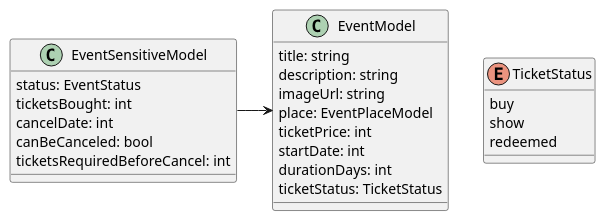
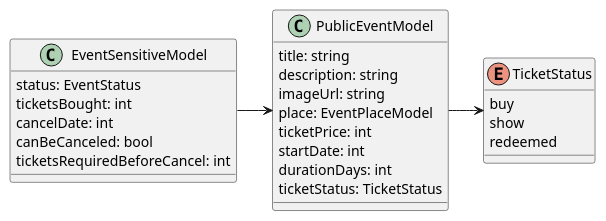
Before and after one commit to ai-shift/cyber-valley-tickets: diagram 21 of 26 in README.org, drawn with PlantUML. The commit also changed other lines of this file and 2 other files, not shown here.

Commit message:
add: Event model domain section

```diff
--- a/README.org
+++ b/README.org
@@ -752,28 +808,29 @@
-#+begin_src plantuml :file ./img/event-model.png
-class EventModel {
+#+begin_src plantuml :file ./img/events-view.png
+class PublicEventModel {
   title: string
   description: string
   imageUrl: string
   place: EventPlaceModel
   ticketPrice: int
   startDate: int
   durationDays: int
   ticketStatus: TicketStatus
 }
 
 class EventSensitiveModel {
   status: EventStatus
   ticketsBought: int
   cancelDate: int
   canBeCanceled: bool
   ticketsRequiredBeforeCancel: int
 }
 
 enum TicketStatus {
   buy
   show
   redeemed
 }
 
-EventSensitiveModel -> EventModel
+EventSensitiveModel -> PublicEventModel
+PublicEventModel -> TicketStatus
 #+end_src
```
